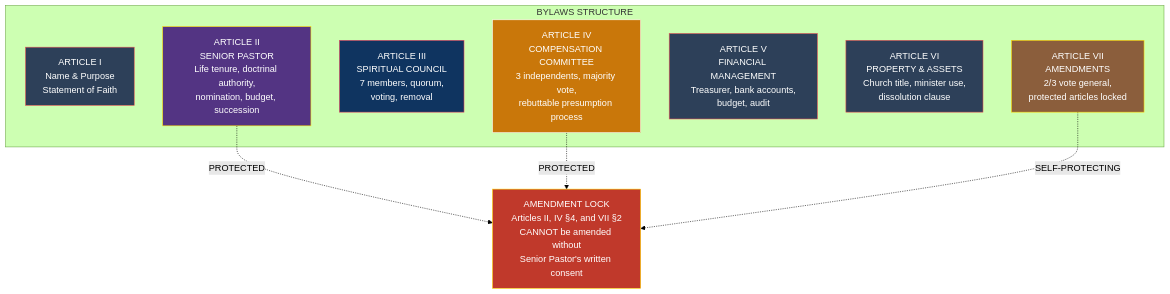
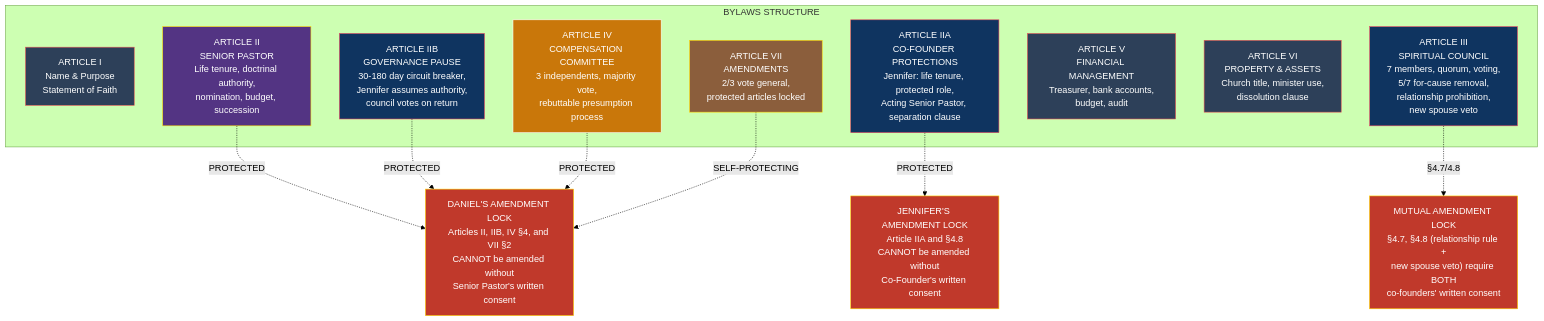
Before and after one commit to Light-Brands/epic-center: diagram 11 of 19 in docs/tax-structure/11-CHURCH-GOVERNANCE-STRUCTURE.md, drawn with Mermaid (forest theme). The commit also changed other lines of this file, not shown here.

First line of the commit message:
Add co-founder protections, governance pause, 5/7 for-cause removal, relationship rules

````diff
--- a/docs/tax-structure/11-CHURCH-GOVERNANCE-STRUCTURE.md
+++ b/docs/tax-structure/11-CHURCH-GOVERNANCE-STRUCTURE.md
@@ -618,27 +900,40 @@
 ```mermaid
 graph TB
     subgraph "BYLAWS STRUCTURE"
         A1["ARTICLE I<br/>Name & Purpose<br/>Statement of Faith"]
         A2["ARTICLE II<br/>SENIOR PASTOR<br/>Life tenure, doctrinal authority,<br/>nomination, budget, succession"]
-        A3["ARTICLE III<br/>SPIRITUAL COUNCIL<br/>7 members, quorum,<br/>voting, removal"]
+        A2A["ARTICLE IIA<br/>CO-FOUNDER PROTECTIONS<br/>Jennifer: life tenure, protected role,<br/>Acting Senior Pastor, separation clause"]
+        A2B["ARTICLE IIB<br/>GOVERNANCE PAUSE<br/>30-180 day circuit breaker,<br/>Jennifer assumes authority,<br/>council votes on return"]
+        A3["ARTICLE III<br/>SPIRITUAL COUNCIL<br/>7 members, quorum, voting,<br/>5/7 for-cause removal,<br/>relationship prohibition,<br/>new spouse veto"]
         A4["ARTICLE IV<br/>COMPENSATION COMMITTEE<br/>3 independents, majority vote,<br/>rebuttable presumption process"]
         A5["ARTICLE V<br/>FINANCIAL MANAGEMENT<br/>Treasurer, bank accounts,<br/>budget, audit"]
         A6["ARTICLE VI<br/>PROPERTY & ASSETS<br/>Church title, minister use,<br/>dissolution clause"]
         A7["ARTICLE VII<br/>AMENDMENTS<br/>2/3 vote general,<br/>protected articles locked"]
     end
 
-    LOCK["AMENDMENT LOCK<br/>Articles II, IV §4, and VII §2<br/>CANNOT be amended without<br/>Senior Pastor's written consent"]
+    LOCK_D["DANIEL'S AMENDMENT LOCK<br/>Articles II, IIB, IV §4, and VII §2<br/>CANNOT be amended without<br/>Senior Pastor's written consent"]
 
-    A2 -.->|"PROTECTED"| LOCK
-    A4 -.->|"PROTECTED"| LOCK
-    A7 -.->|"SELF-PROTECTING"| LOCK
+    LOCK_J["JENNIFER'S AMENDMENT LOCK<br/>Article IIA and §4.8<br/>CANNOT be amended without<br/>Co-Founder's written consent"]
+
+    LOCK_M["MUTUAL AMENDMENT LOCK<br/>§4.7, §4.8 (relationship rule +<br/>new spouse veto) require BOTH<br/>co-founders' written consent"]
+
+    A2 -.->|"PROTECTED"| LOCK_D
+    A2B -.->|"PROTECTED"| LOCK_D
+    A4 -.->|"PROTECTED"| LOCK_D
+    A7 -.->|"SELF-PROTECTING"| LOCK_D
+    A2A -.->|"PROTECTED"| LOCK_J
+    A3 -.->|"§4.7/4.8"| LOCK_M
 
     style A1 fill:#2d4059,stroke:#ea5455,color:#fff
     style A2 fill:#533483,stroke:#ffd700,color:#fff
+    style A2A fill:#0f3460,stroke:#e94560,color:#fff
+    style A2B fill:#0f3460,stroke:#e94560,color:#fff
     style A3 fill:#0f3460,stroke:#e94560,color:#fff
     style A4 fill:#c9770a,stroke:#fff,color:#fff
     style A5 fill:#2d4059,stroke:#ea5455,color:#fff
     style A6 fill:#2d4059,stroke:#ea5455,color:#fff
     style A7 fill:#8b5e3c,stroke:#ffd700,color:#fff
-    style LOCK fill:#c0392b,stroke:#ffd700,color:#fff
+    style LOCK_D fill:#c0392b,stroke:#ffd700,color:#fff
+    style LOCK_J fill:#c0392b,stroke:#ffd700,color:#fff
+    style LOCK_M fill:#c0392b,stroke:#ffd700,color:#fff
 ```
````
